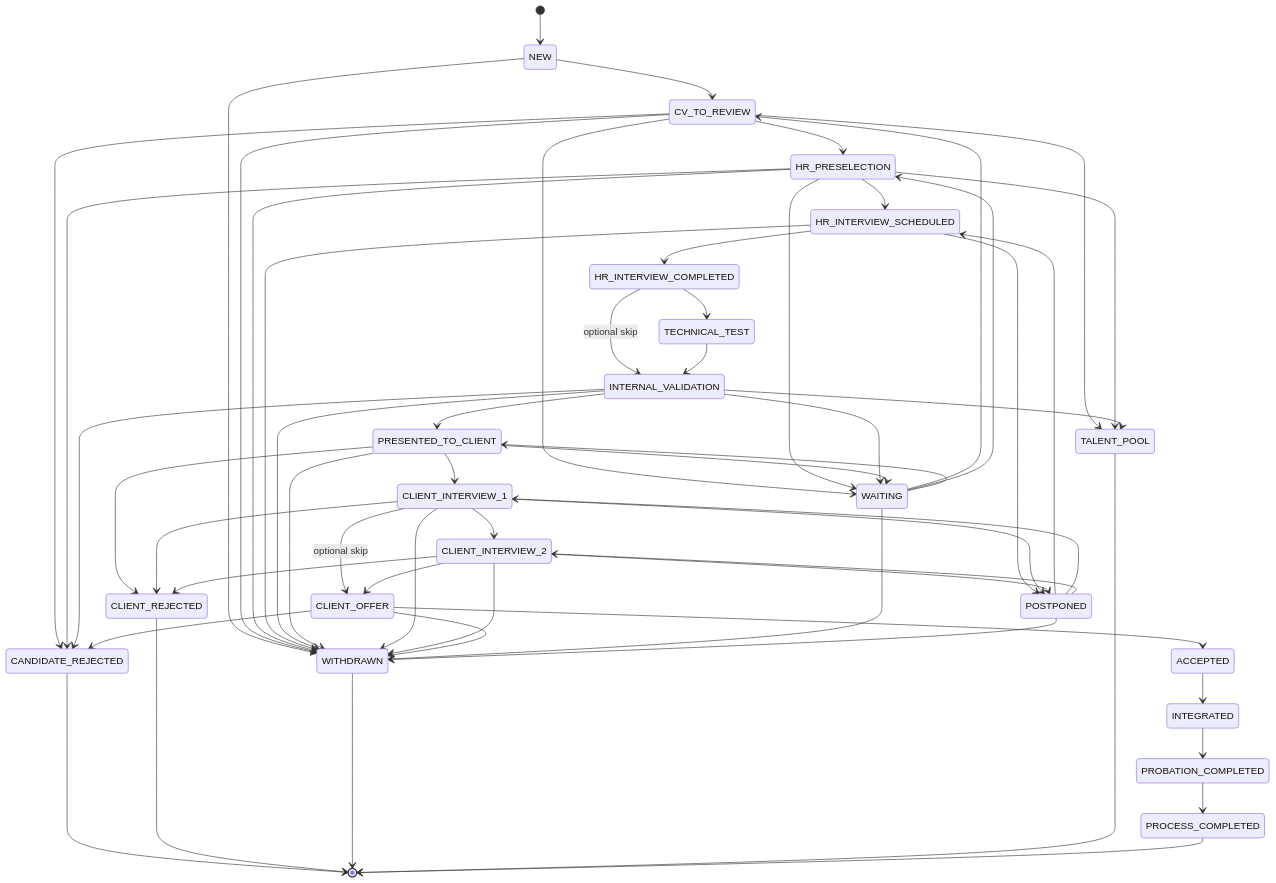
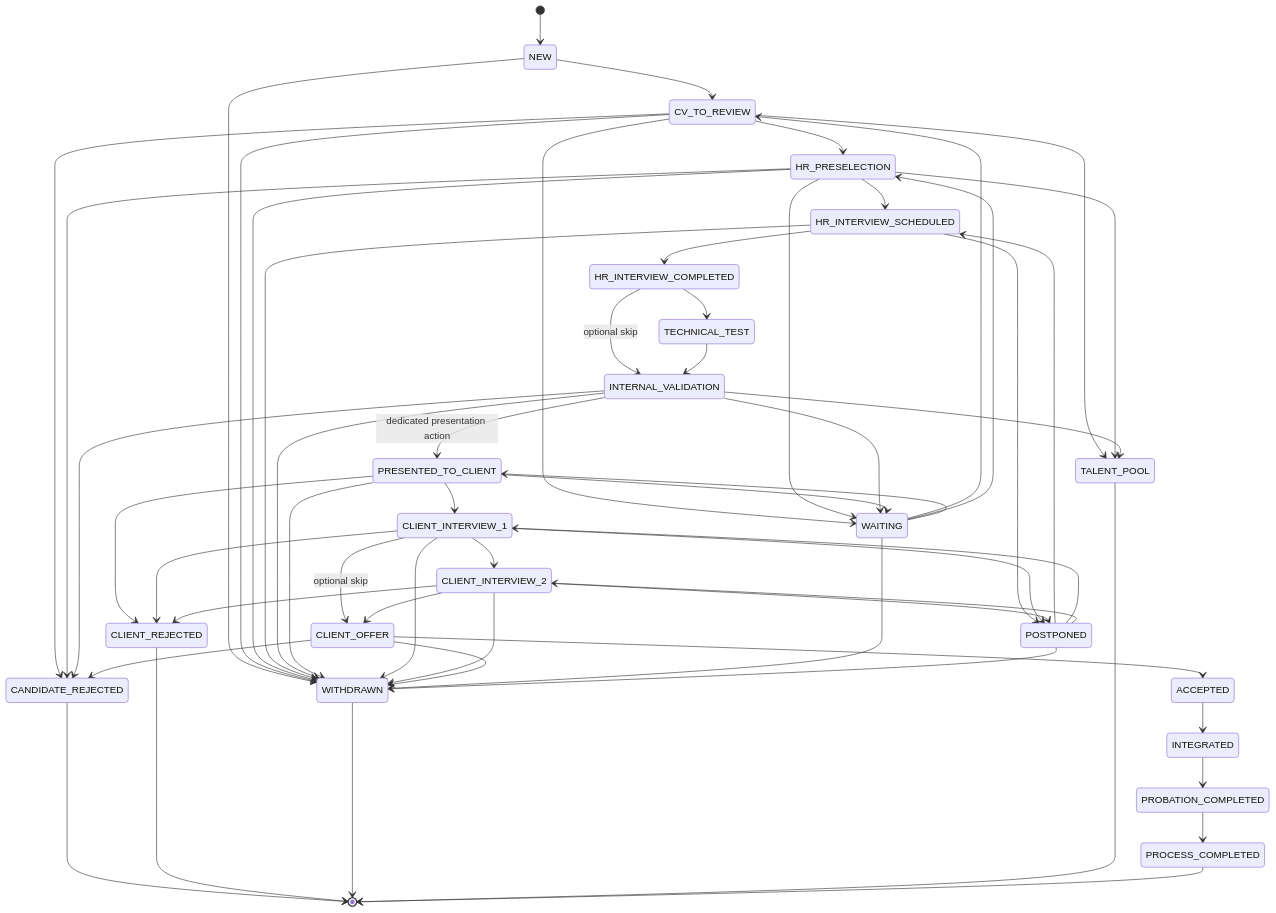
The first of 6 diagrams in docs/workflows.md (cyberdr1ft3r/hire-me-platform), drawn with Mermaid before and after one commit. The commit also changed other lines of this file and 5 other files, not shown here.

````diff
--- a/docs/workflows.md
+++ b/docs/workflows.md
@@ -65,59 +69,59 @@
 ```mermaid
 stateDiagram-v2
     [*] --> NEW
     NEW --> CV_TO_REVIEW
     NEW --> WITHDRAWN
     CV_TO_REVIEW --> HR_PRESELECTION
     CV_TO_REVIEW --> WAITING
     CV_TO_REVIEW --> CANDIDATE_REJECTED
     CV_TO_REVIEW --> WITHDRAWN
     CV_TO_REVIEW --> TALENT_POOL
     HR_PRESELECTION --> HR_INTERVIEW_SCHEDULED
     HR_PRESELECTION --> WAITING
     HR_PRESELECTION --> CANDIDATE_REJECTED
     HR_PRESELECTION --> WITHDRAWN
     HR_PRESELECTION --> TALENT_POOL
     HR_INTERVIEW_SCHEDULED --> HR_INTERVIEW_COMPLETED
     HR_INTERVIEW_SCHEDULED --> POSTPONED
     HR_INTERVIEW_SCHEDULED --> WITHDRAWN
     HR_INTERVIEW_COMPLETED --> TECHNICAL_TEST
     HR_INTERVIEW_COMPLETED --> INTERNAL_VALIDATION: optional skip
     TECHNICAL_TEST --> INTERNAL_VALIDATION
-    INTERNAL_VALIDATION --> PRESENTED_TO_CLIENT
+    INTERNAL_VALIDATION --> PRESENTED_TO_CLIENT: dedicated presentation action
     INTERNAL_VALIDATION --> WAITING
     INTERNAL_VALIDATION --> CANDIDATE_REJECTED
     INTERNAL_VALIDATION --> WITHDRAWN
     INTERNAL_VALIDATION --> TALENT_POOL
     PRESENTED_TO_CLIENT --> CLIENT_INTERVIEW_1
     PRESENTED_TO_CLIENT --> WAITING
     PRESENTED_TO_CLIENT --> CLIENT_REJECTED
     PRESENTED_TO_CLIENT --> WITHDRAWN
     CLIENT_INTERVIEW_1 --> CLIENT_INTERVIEW_2
     CLIENT_INTERVIEW_1 --> CLIENT_OFFER: optional skip
     CLIENT_INTERVIEW_1 --> POSTPONED
     CLIENT_INTERVIEW_1 --> CLIENT_REJECTED
     CLIENT_INTERVIEW_1 --> WITHDRAWN
     CLIENT_INTERVIEW_2 --> CLIENT_OFFER
     CLIENT_INTERVIEW_2 --> POSTPONED
     CLIENT_INTERVIEW_2 --> CLIENT_REJECTED
     CLIENT_INTERVIEW_2 --> WITHDRAWN
     CLIENT_OFFER --> ACCEPTED
     CLIENT_OFFER --> CANDIDATE_REJECTED
     CLIENT_OFFER --> WITHDRAWN
     ACCEPTED --> INTEGRATED
     INTEGRATED --> PROBATION_COMPLETED
     PROBATION_COMPLETED --> PROCESS_COMPLETED
     WAITING --> CV_TO_REVIEW
     WAITING --> HR_PRESELECTION
     WAITING --> PRESENTED_TO_CLIENT
     WAITING --> WITHDRAWN
     POSTPONED --> HR_INTERVIEW_SCHEDULED
     POSTPONED --> CLIENT_INTERVIEW_1
     POSTPONED --> CLIENT_INTERVIEW_2
     POSTPONED --> WITHDRAWN
     CANDIDATE_REJECTED --> [*]
     CLIENT_REJECTED --> [*]
     WITHDRAWN --> [*]
     TALENT_POOL --> [*]
     PROCESS_COMPLETED --> [*]
 ```
````
